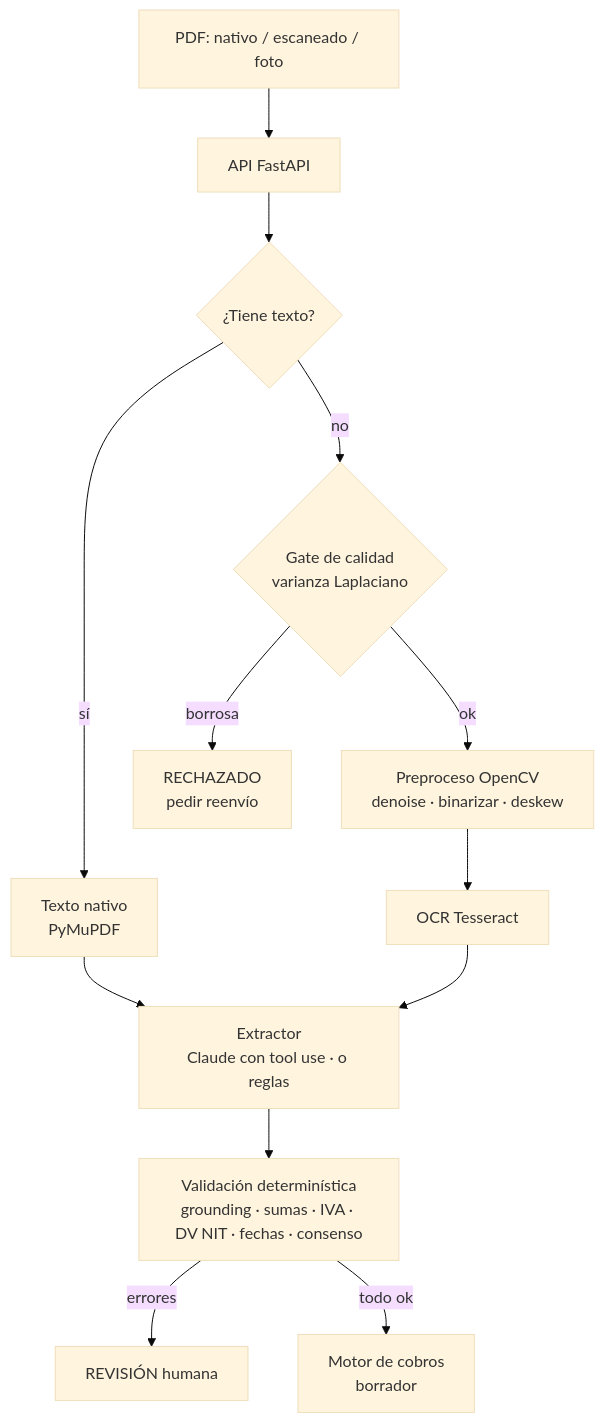
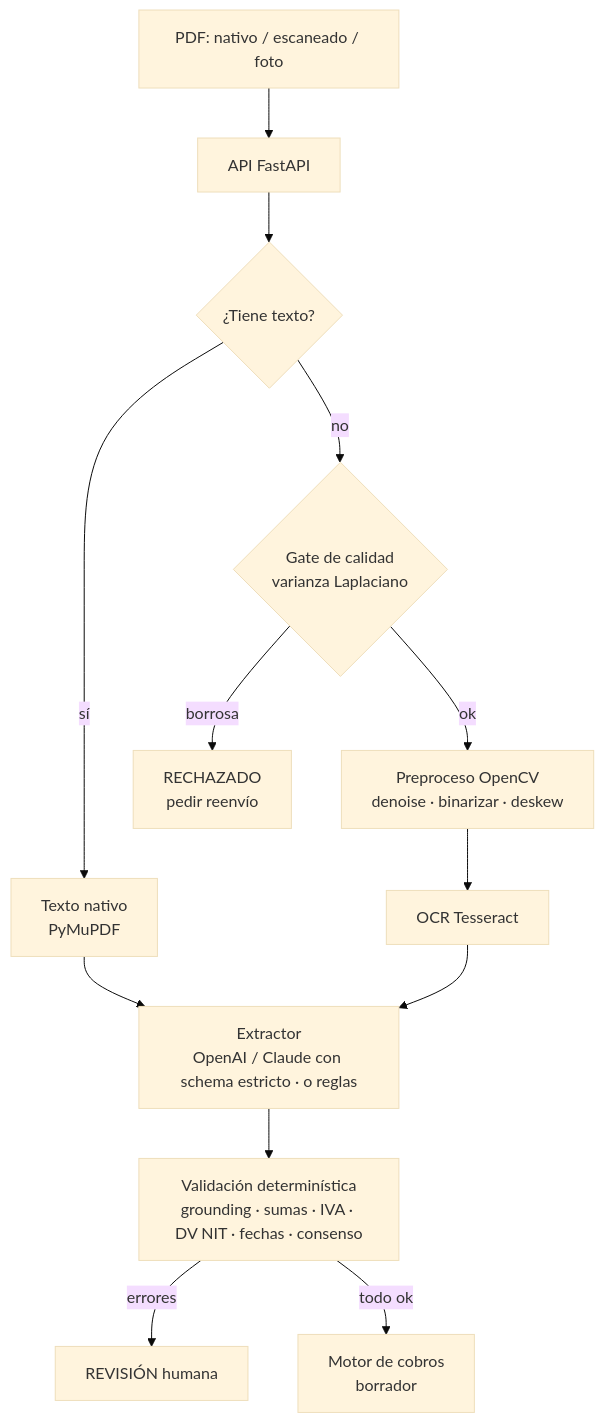
One commit to CamiloC0rtes/facturas-ia changed the diagram in README.md. Above: the diagram before and after it, drawn with Mermaid (base theme). The commit also changed other lines of this file and 5 other files, not shown here.

First line of the commit message:
Agrega extractor OpenAI con Structured Outputs

````diff
--- a/README.md
+++ b/README.md
@@ -23,15 +23,15 @@
 ```mermaid
 flowchart TD
     A[PDF: nativo / escaneado / foto] --> B[API FastAPI]
     B --> C{¿Tiene texto?}
     C -- sí --> D[Texto nativo<br/>PyMuPDF]
     C -- no --> E{Gate de calidad<br/>varianza Laplaciano}
     E -- borrosa --> R[RECHAZADO<br/>pedir reenvío]
     E -- ok --> F[Preproceso OpenCV<br/>denoise · binarizar · deskew]
     F --> G[OCR Tesseract]
-    D --> H[Extractor<br/>Claude con tool use · o reglas]
+    D --> H[Extractor<br/>OpenAI / Claude con schema estricto · o reglas]
     G --> H
     H --> I[Validación determinística<br/>grounding · sumas · IVA · DV NIT · fechas · consenso]
     I -- errores --> V[REVISIÓN humana]
     I -- todo ok --> K[Motor de cobros<br/>borrador]
 ```
````
